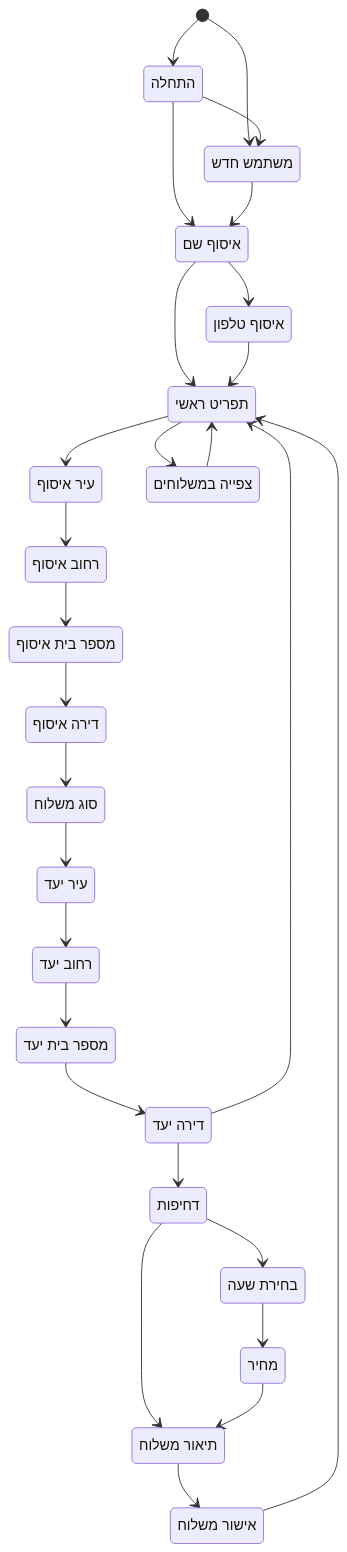
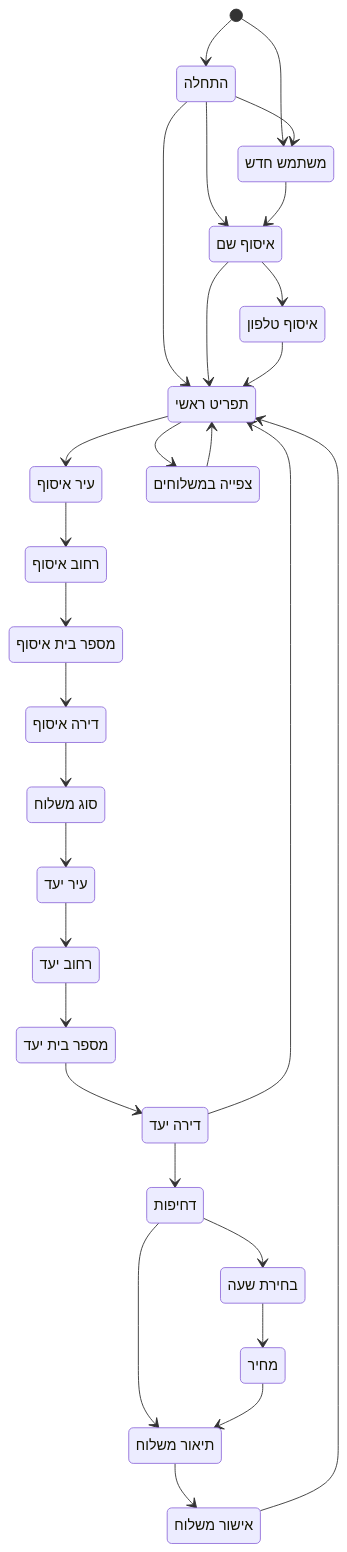
One commit to amirbiron/Shipment-bot changed the first of 6 diagrams in CLAUDE.md. Above: the diagram before and after it, drawn with Mermaid. The commit also changed other lines of this file and 3 other files, not shown here.

````diff
--- a/CLAUDE.md
+++ b/CLAUDE.md
@@ -19,52 +19,53 @@
 ```mermaid
 stateDiagram-v2
     INITIAL : התחלה
     SENDER_DELIVERY_CONFIRM : אישור משלוח
     SENDER_DELIVERY_DESCRIPTION : תיאור משלוח
     SENDER_DELIVERY_DROPOFF_APARTMENT : דירה יעד
     SENDER_DELIVERY_DROPOFF_CITY : עיר יעד
     SENDER_DELIVERY_DROPOFF_NUMBER : מספר בית יעד
     SENDER_DELIVERY_DROPOFF_STREET : רחוב יעד
     SENDER_DELIVERY_LOCATION : סוג משלוח
     SENDER_DELIVERY_PICKUP_APARTMENT : דירה איסוף
     SENDER_DELIVERY_PICKUP_CITY : עיר איסוף
     SENDER_DELIVERY_PICKUP_NUMBER : מספר בית איסוף
     SENDER_DELIVERY_PICKUP_STREET : רחוב איסוף
     SENDER_DELIVERY_PRICE : מחיר
     SENDER_DELIVERY_TIME : בחירת שעה
     SENDER_DELIVERY_URGENCY : דחיפות
     SENDER_MENU : תפריט ראשי
     SENDER_NEW : משתמש חדש
     SENDER_REGISTER_COLLECT_NAME : איסוף שם
     SENDER_REGISTER_COLLECT_PHONE : איסוף טלפון
     SENDER_VIEW_DELIVERIES : צפייה במשלוחים
 
     [*] --> INITIAL
     [*] --> SENDER_NEW
 
     INITIAL --> SENDER_NEW
     INITIAL --> SENDER_REGISTER_COLLECT_NAME
+    INITIAL --> SENDER_MENU
     SENDER_NEW --> SENDER_REGISTER_COLLECT_NAME
     SENDER_REGISTER_COLLECT_NAME --> SENDER_REGISTER_COLLECT_PHONE
     SENDER_REGISTER_COLLECT_NAME --> SENDER_MENU
     SENDER_REGISTER_COLLECT_PHONE --> SENDER_MENU
     SENDER_MENU --> SENDER_DELIVERY_PICKUP_CITY
     SENDER_MENU --> SENDER_VIEW_DELIVERIES
     SENDER_DELIVERY_PICKUP_CITY --> SENDER_DELIVERY_PICKUP_STREET
     SENDER_DELIVERY_PICKUP_STREET --> SENDER_DELIVERY_PICKUP_NUMBER
     SENDER_DELIVERY_PICKUP_NUMBER --> SENDER_DELIVERY_PICKUP_APARTMENT
     SENDER_DELIVERY_PICKUP_APARTMENT --> SENDER_DELIVERY_LOCATION
     SENDER_DELIVERY_LOCATION --> SENDER_DELIVERY_DROPOFF_CITY
     SENDER_DELIVERY_DROPOFF_CITY --> SENDER_DELIVERY_DROPOFF_STREET
     SENDER_DELIVERY_DROPOFF_STREET --> SENDER_DELIVERY_DROPOFF_NUMBER
     SENDER_DELIVERY_DROPOFF_NUMBER --> SENDER_DELIVERY_DROPOFF_APARTMENT
     SENDER_DELIVERY_DROPOFF_APARTMENT --> SENDER_DELIVERY_URGENCY
     SENDER_DELIVERY_DROPOFF_APARTMENT --> SENDER_MENU
     SENDER_DELIVERY_URGENCY --> SENDER_DELIVERY_TIME
     SENDER_DELIVERY_URGENCY --> SENDER_DELIVERY_DESCRIPTION
     SENDER_DELIVERY_TIME --> SENDER_DELIVERY_PRICE
     SENDER_DELIVERY_PRICE --> SENDER_DELIVERY_DESCRIPTION
     SENDER_DELIVERY_DESCRIPTION --> SENDER_DELIVERY_CONFIRM
     SENDER_DELIVERY_CONFIRM --> SENDER_MENU
     SENDER_VIEW_DELIVERIES --> SENDER_MENU
 ```
````
